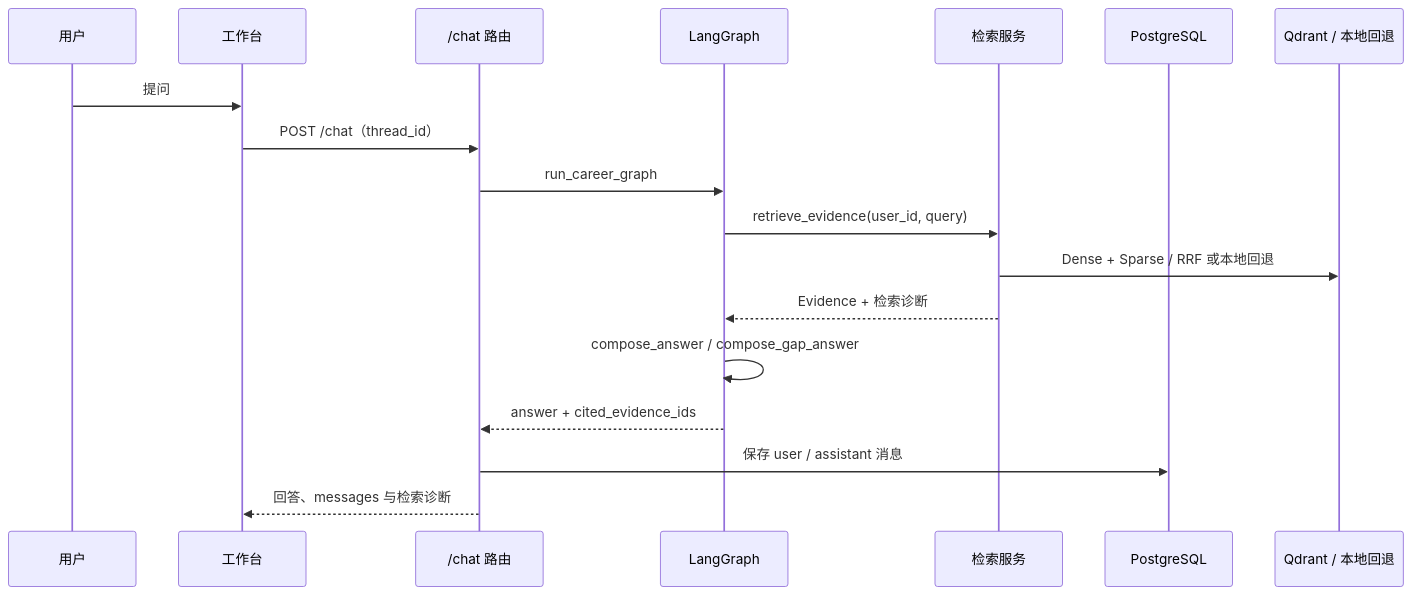
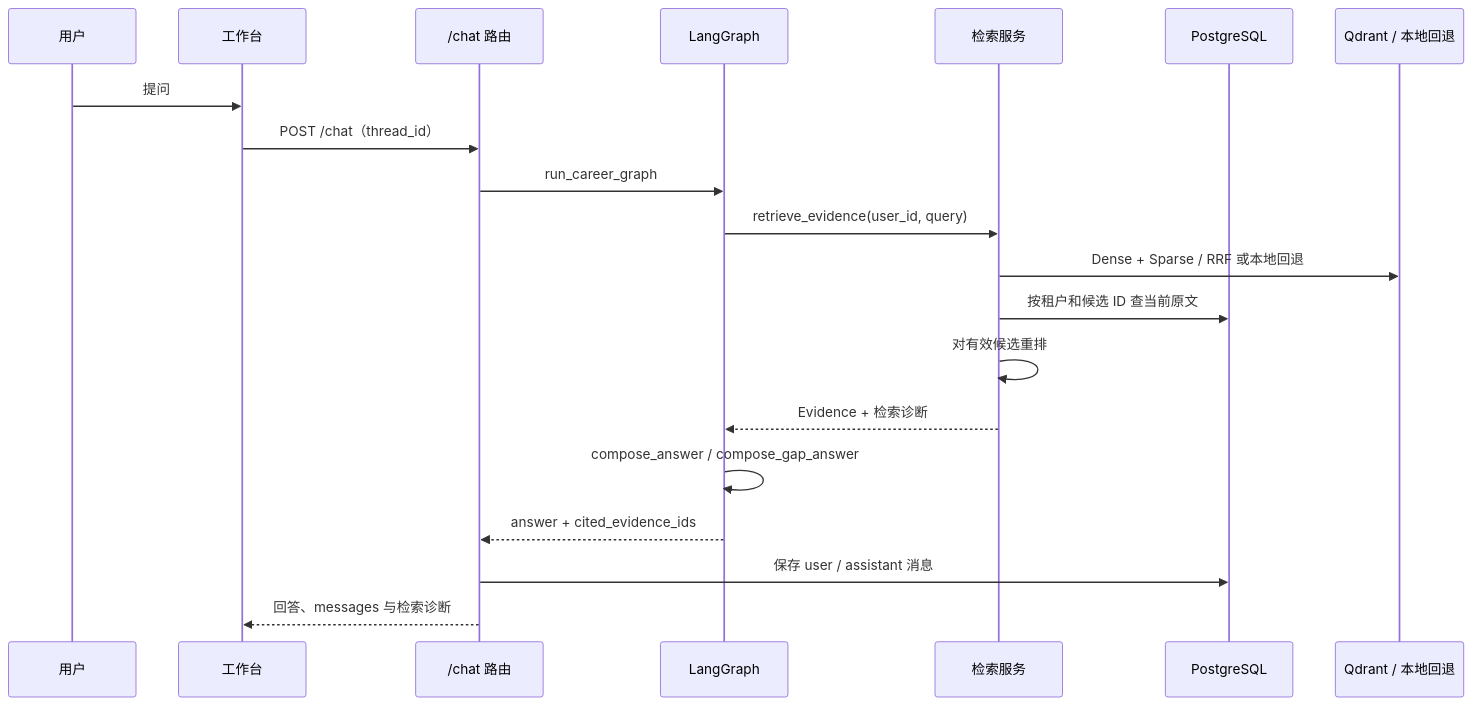
The third of 3 diagrams in docs/architecture.md (wenmo-yu/careerlens), drawn with Mermaid before and after one commit. The commit also changed other lines of this file and 125 other files, not shown here.

````diff
--- a/docs/architecture.md
+++ b/docs/architecture.md
@@ -70,20 +71,22 @@
 ```mermaid
 sequenceDiagram
   participant U as 用户
   participant W as 工作台
   participant C as /chat 路由
   participant G as LangGraph
   participant R as 检索服务
   participant P as PostgreSQL
   participant Q as Qdrant / 本地回退
   U->>W: 提问
   W->>C: POST /chat（thread_id）
   C->>G: run_career_graph
   G->>R: retrieve_evidence(user_id, query)
   R->>Q: Dense + Sparse / RRF 或本地回退
+  R->>P: 按租户和候选 ID 查当前原文
+  R->>R: 对有效候选重排
   R-->>G: Evidence + 检索诊断
   G->>G: compose_answer / compose_gap_answer
   G-->>C: answer + cited_evidence_ids
   C->>P: 保存 user / assistant 消息
   C-->>W: 回答、messages 与检索诊断
 ```
````
